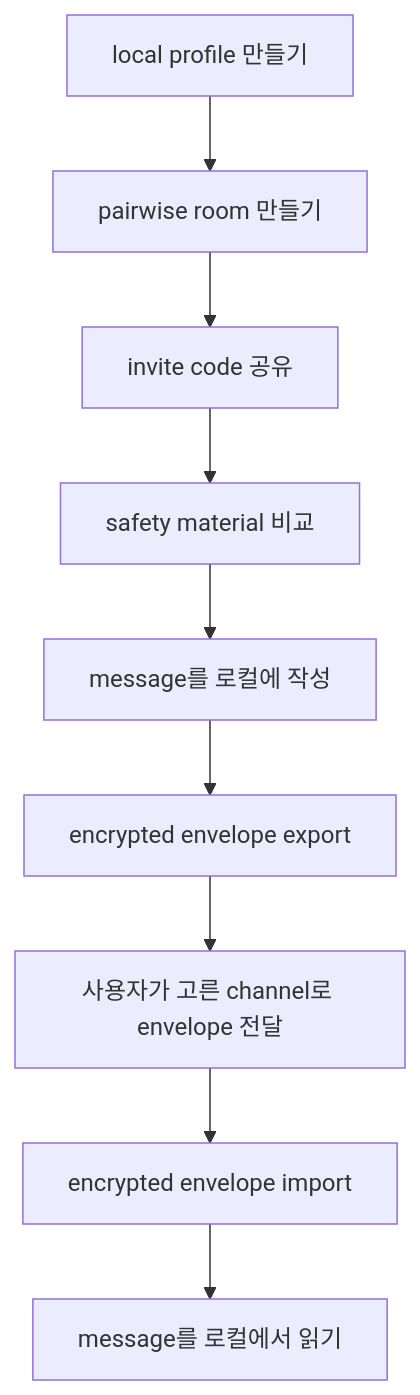
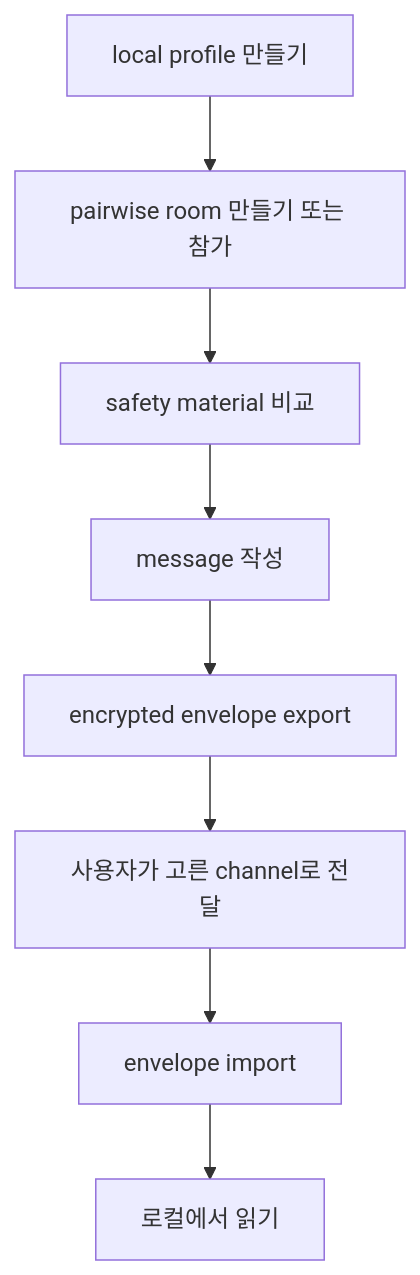
Before and after one commit to answndud/another-dimension-chat: the diagram in README.ko.md, drawn with Mermaid. The commit also changed other lines of this file and 1 other file, not shown here.

````diff
--- a/README.ko.md
+++ b/README.ko.md
@@ -107,11 +88,10 @@
 ```mermaid
 flowchart TD
-  A["local profile 만들기"] --> B["pairwise room 만들기"]
-  B --> C["invite code 공유"]
-  C --> D["safety material 비교"]
-  D --> E["message를 로컬에 작성"]
-  E --> F["encrypted envelope export"]
-  F --> G["사용자가 고른 channel로 envelope 전달"]
-  G --> H["encrypted envelope import"]
-  H --> I["message를 로컬에서 읽기"]
+  A["local profile 만들기"] --> B["pairwise room 만들기 또는 참가"]
+  B --> C["safety material 비교"]
+  C --> D["message 작성"]
+  D --> E["encrypted envelope export"]
+  E --> F["사용자가 고른 channel로 전달"]
+  F --> G["envelope import"]
+  G --> H["로컬에서 읽기"]
 ```
````
